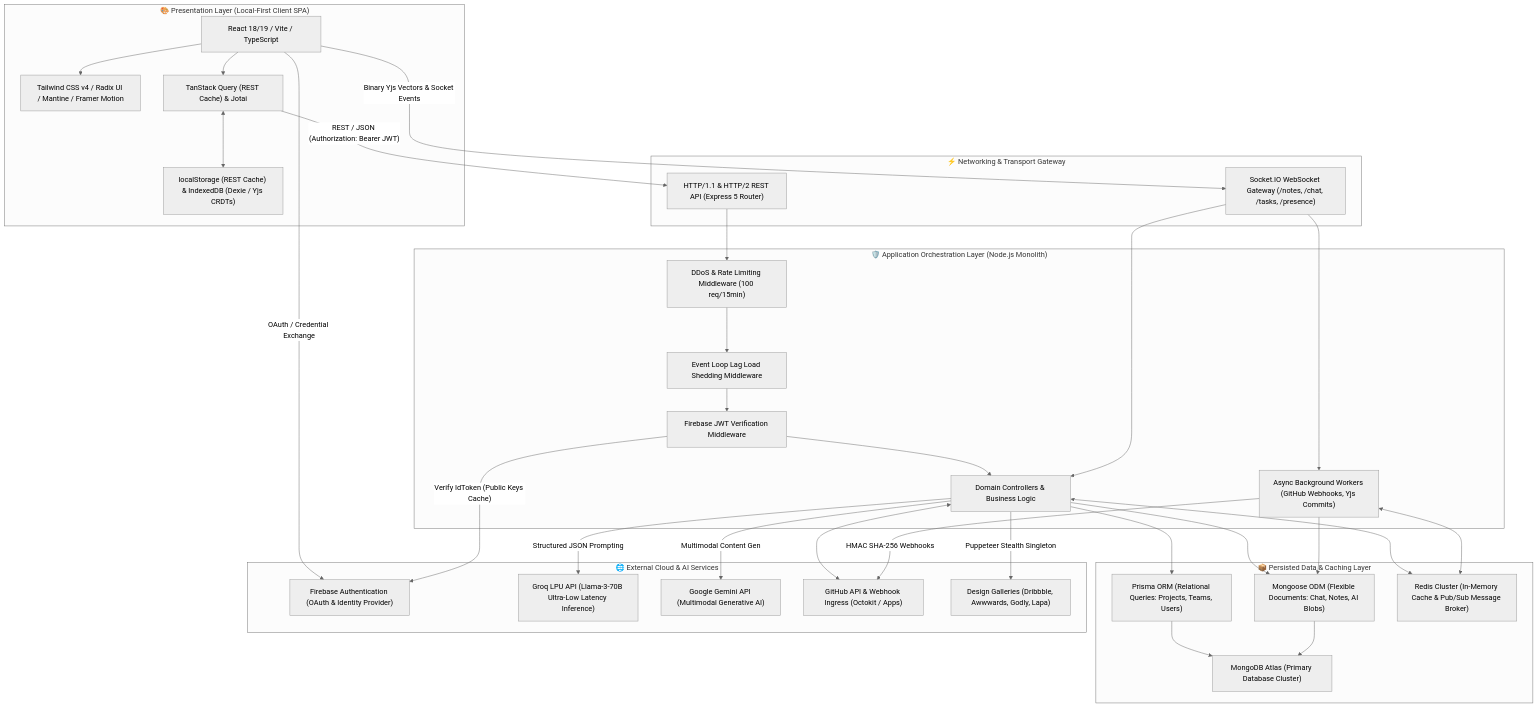
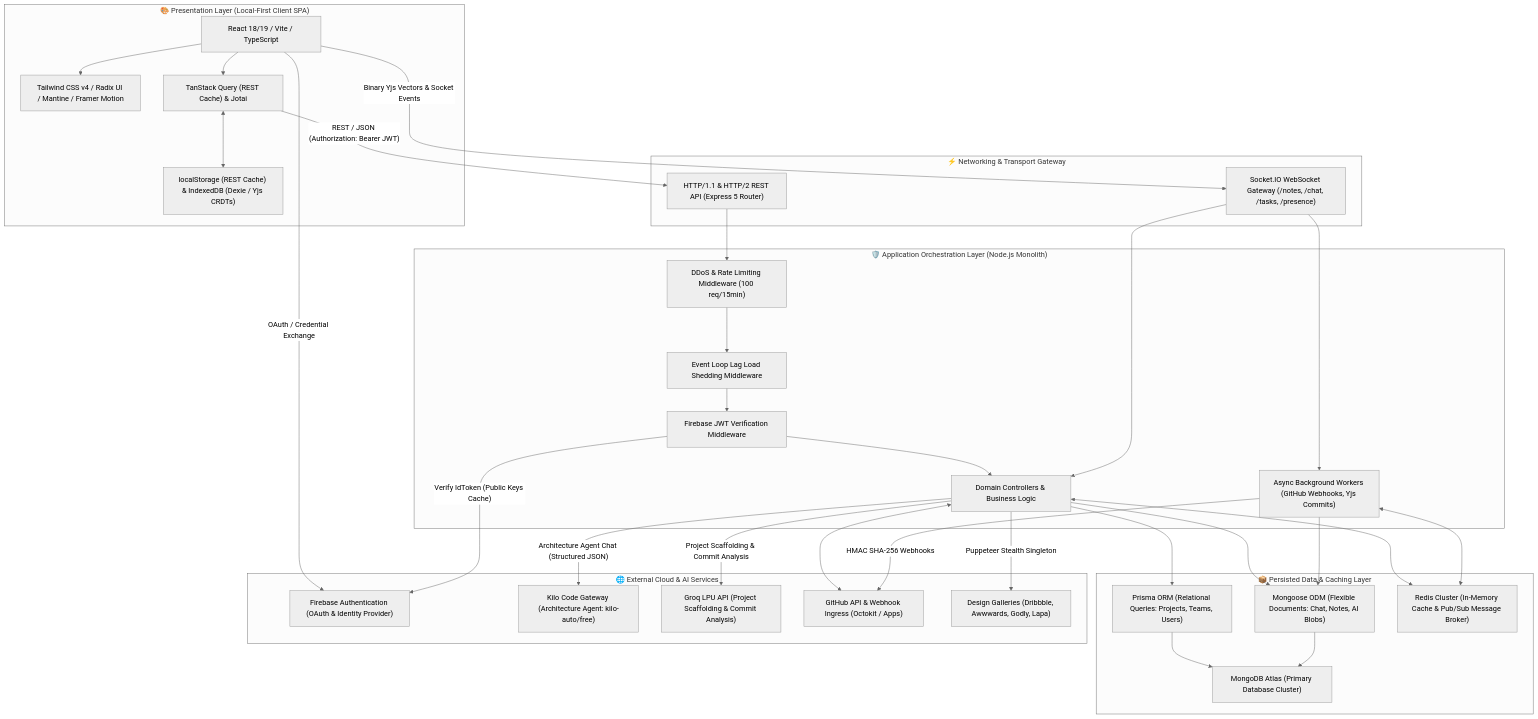
One commit to ChitkulLakshya/Zync changed the first of 5 diagrams in docs/architecture/ARCHITECTURE.md. Above: the diagram before and after it, drawn with Mermaid (neutral theme). The commit also changed other lines of this file and 11 other files, not shown here.

Commit message:
docs: fix AI provider drift (Gemini→Kilo, Groq roles), update service inventory, add docs index

````diff
--- a/docs/architecture/ARCHITECTURE.md
+++ b/docs/architecture/ARCHITECTURE.md
@@ -48,72 +48,72 @@
 ```mermaid
 graph TD
     subgraph ClientLayer ["🎨 Presentation Layer (Local-First Client SPA)"]
         React["React 18/19 / Vite / TypeScript"]
         UI["Tailwind CSS v4 / Radix UI / Mantine / Framer Motion"]
         State["TanStack Query (REST Cache) & Jotai"]
         LocalStore["localStorage (REST Cache) & IndexedDB (Dexie / Yjs CRDTs)"]
     end
 
     subgraph GatewayLayer ["⚡ Networking & Transport Gateway"]
         REST["HTTP/1.1 & HTTP/2 REST API (Express 5 Router)"]
         WS["Socket.IO WebSocket Gateway (/notes, /chat, /tasks, /presence)"]
     end
 
     subgraph ServiceLayer ["🛡️ Application Orchestration Layer (Node.js Monolith)"]
         AuthMid["Firebase JWT Verification Middleware"]
         LoadShed["Event Loop Lag Load Shedding Middleware"]
         RateLimit["DDoS & Rate Limiting Middleware (100 req/15min)"]
         Controllers["Domain Controllers & Business Logic"]
         Workers["Async Background Workers (GitHub Webhooks, Yjs Commits)"]
     end
 
     subgraph DataLayer ["📦 Persisted Data & Caching Layer"]
         Prisma["Prisma ORM (Relational Queries: Projects, Teams, Users)"]
         Mongoose["Mongoose ODM (Flexible Documents: Chat, Notes, AI Blobs)"]
         Mongo["MongoDB Atlas (Primary Database Cluster)"]
         Redis["Redis Cluster (In-Memory Cache & Pub/Sub Message Broker)"]
     end
 
     subgraph ExternalServices ["🌐 External Cloud & AI Services"]
         FirebaseAuth["Firebase Authentication (OAuth & Identity Provider)"]
-        GroqAPI["Groq LPU API (Llama-3-70B Ultra-Low Latency Inference)"]
-        GeminiAPI["Google Gemini API (Multimodal Generative AI)"]
+        KiloGateway["Kilo Code Gateway (Architecture Agent: kilo-auto/free)"]
+        GroqAPI["Groq LPU API (Project Scaffolding & Commit Analysis)"]
         GitHubAPI["GitHub API & Webhook Ingress (Octokit / Apps)"]
         ScrapeTargets["Design Galleries (Dribbble, Awwwards, Godly, Lapa)"]
     end
 
     %% Client Internal Flow
     React --> UI
     React --> State
     State <--> LocalStore
 
     %% Network Connections
     State -- "REST / JSON (Authorization: Bearer JWT)" --> REST
     React -- "Binary Yjs Vectors & Socket Events" --> WS
 
     %% Gateway to Service Routing
     REST --> RateLimit
     RateLimit --> LoadShed
     LoadShed --> AuthMid
     AuthMid --> Controllers
     WS --> Controllers
     WS --> Workers
 
     %% Service to Data Layer
     Controllers --> Prisma
     Controllers --> Mongoose
     Controllers <--> Redis
     Workers --> Mongoose
     Workers <--> Redis
     Prisma --> Mongo
     Mongoose --> Mongo
 
     %% External Integrations
     React -- "OAuth / Credential Exchange" --> FirebaseAuth
     AuthMid -- "Verify IdToken (Public Keys Cache)" --> FirebaseAuth
-    Controllers -- "Structured JSON Prompting" --> GroqAPI
-    Controllers -- "Multimodal Content Gen" --> GeminiAPI
+    Controllers -- "Architecture Agent Chat (Structured JSON)" --> KiloGateway
+    Controllers -- "Project Scaffolding & Commit Analysis" --> GroqAPI
     Controllers <--> GitHubAPI
     Workers -- "HMAC SHA-256 Webhooks" --> GitHubAPI
     Controllers -- "Puppeteer Stealth Singleton" --> ScrapeTargets
 ```
````
